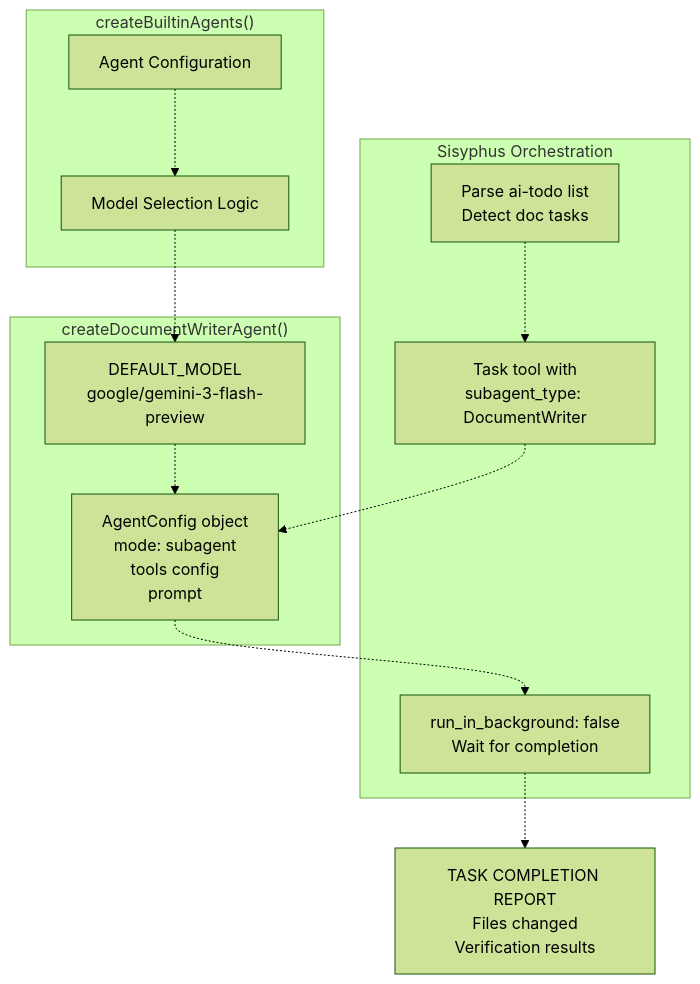
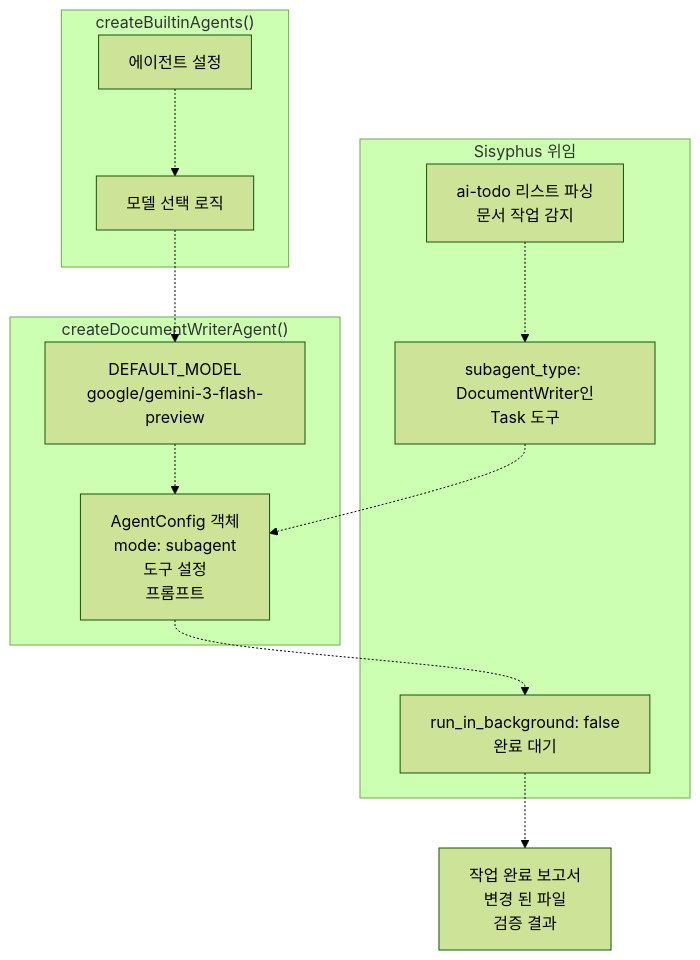
The first of 8 diagrams in docs/agents/document-writer.md (felipetruman/oh-my-opencode-docs), drawn with Mermaid (forest theme) before and after one commit. The commit also changed other lines of this file and 76 other files, not shown here.

````diff
--- a/docs/agents/document-writer.md
+++ b/docs/agents/document-writer.md
@@ -40,36 +40,36 @@
 ```mermaid
 flowchart TD
 
-Config["Agent Configuration"]
-ModelSelection["Model Selection Logic"]
+Config["에이전트 설정"]
+ModelSelection["모델 선택 로직"]
 DefaultModel["DEFAULT_MODEL<br>google/gemini-3-flash-preview"]
-AgentConfig["AgentConfig object<br>mode: subagent<br>tools config<br>prompt"]
-TodoParsing["Parse ai-todo list<br>Detect doc tasks"]
-TaskDelegation["Task tool with<br>subagent_type: DocumentWriter"]
-BlockingWait["run_in_background: false<br>Wait for completion"]
-CompletionReport["TASK COMPLETION REPORT<br>Files changed<br>Verification results"]
+AgentConfig["AgentConfig 객체<br>mode: subagent<br>도구 설정<br>프롬프트"]
+TodoParsing["ai-todo 리스트 파싱<br>문서 작업 감지"]
+TaskDelegation["subagent_type: DocumentWriter인<br>Task 도구"]
+BlockingWait["run_in_background: false<br>완료 대기"]
+CompletionReport["작업 완료 보고서<br>변경 된 파일<br>검증 결과"]
 
 ModelSelection -.-> DefaultModel
 TaskDelegation -.-> AgentConfig
 AgentConfig -.-> BlockingWait
 BlockingWait -.-> CompletionReport
 
-subgraph SisyphusDelegation ["Sisyphus Orchestration"]
+subgraph SisyphusDelegation ["Sisyphus 위임"]
     TodoParsing
     TaskDelegation
     BlockingWait
     TodoParsing -.-> TaskDelegation
 end
 
 subgraph DocumentWriterCreation ["createDocumentWriterAgent()"]
     DefaultModel
     AgentConfig
     DefaultModel -.-> AgentConfig
 end
 
 subgraph AgentFactory ["createBuiltinAgents()"]
     Config
     ModelSelection
     Config -.-> ModelSelection
 end
 ```
````
